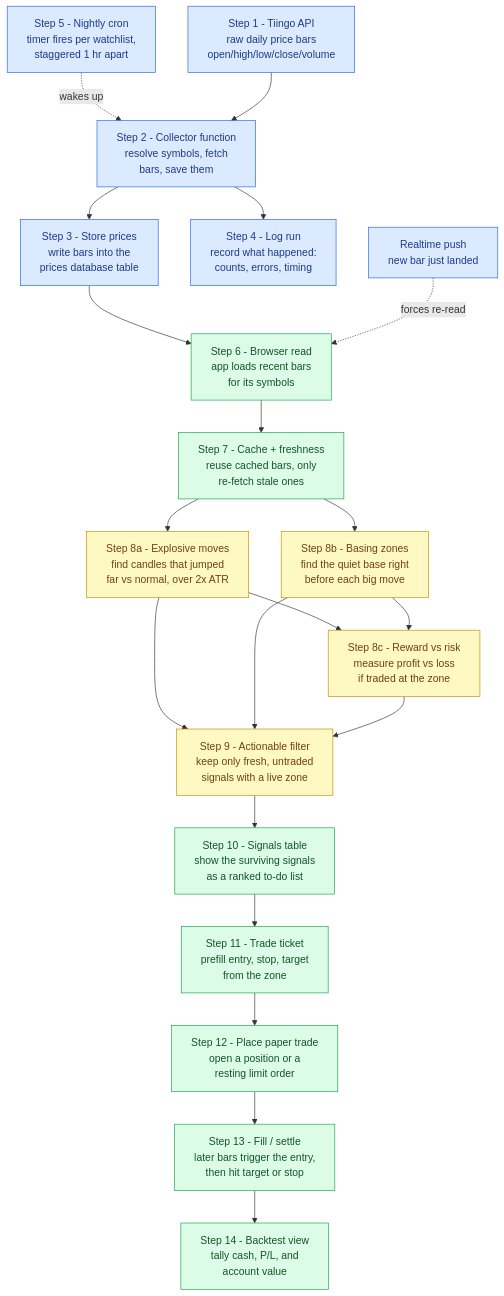
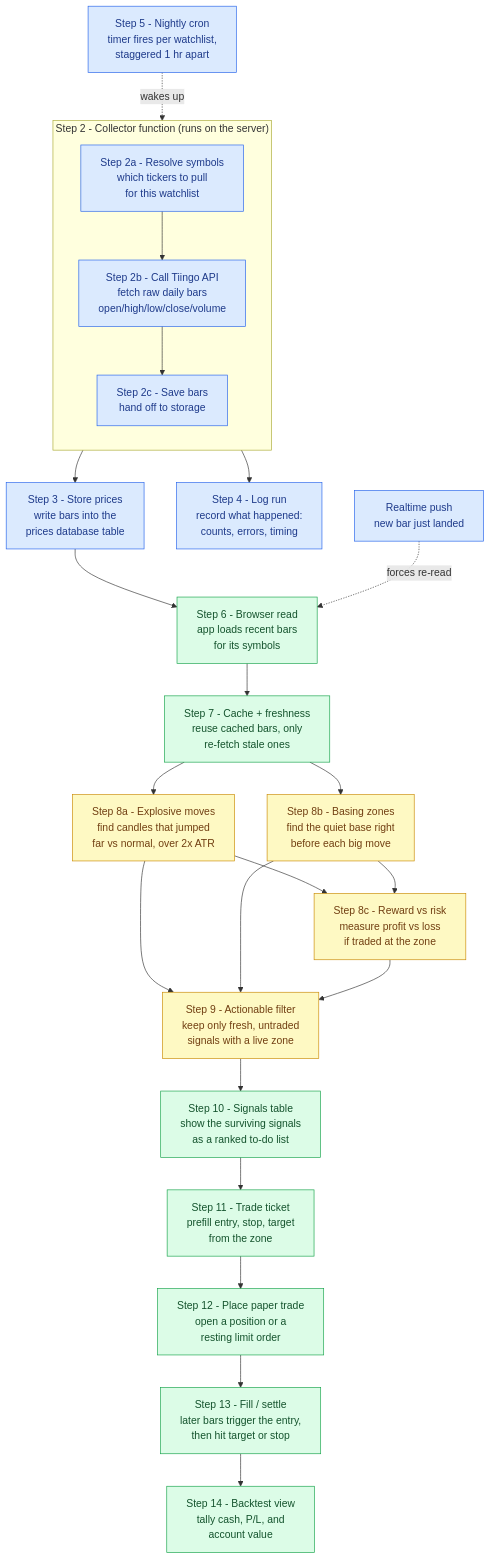
The diagram in docs/signals-workflow.md (ChrisKramer15/rally), drawn with Mermaid before and after one commit. The commit also changed other lines of this file and 7 other files, not shown here.

````diff
--- a/docs/signals-workflow.md
+++ b/docs/signals-workflow.md
@@ -11,33 +11,38 @@
 ```mermaid
 flowchart TD
     E["Step 5 - Nightly cron<br/>timer fires per watchlist,<br/>staggered 1 hr apart"] -.wakes up.-> B
 
-    A["Step 1 - Tiingo API<br/>raw daily price bars<br/>open/high/low/close/volume"] --> B["Step 2 - Collector function<br/>resolve symbols, fetch<br/>bars, save them"]
-    B --> C["Step 3 - Store prices<br/>write bars into the<br/>prices database table"]
-    B --> D["Step 4 - Log run<br/>record what happened:<br/>counts, errors, timing"]
+    subgraph COL["Step 2 - Collector function (runs on the server)"]
+        direction TB
+        B["Step 2a - Resolve symbols<br/>which tickers to pull<br/>for this watchlist"] --> A["Step 2b - Call Tiingo API<br/>fetch raw daily bars<br/>open/high/low/close/volume"]
+        A --> UP["Step 2c - Save bars<br/>hand off to storage"]
+    end
+
+    UP --> C["Step 3 - Store prices<br/>write bars into the<br/>prices database table"]
+    COL --> D["Step 4 - Log run<br/>record what happened:<br/>counts, errors, timing"]
 
     C --> F["Step 6 - Browser read<br/>app loads recent bars<br/>for its symbols"]
     R["Realtime push<br/>new bar just landed"] -.forces re-read.-> F
     F --> G["Step 7 - Cache + freshness<br/>reuse cached bars, only<br/>re-fetch stale ones"]
 
     G --> H1["Step 8a - Explosive moves<br/>find candles that jumped<br/>far vs normal, over 2x ATR"]
     G --> H2["Step 8b - Basing zones<br/>find the quiet base right<br/>before each big move"]
     H1 --> I["Step 8c - Reward vs risk<br/>measure profit vs loss<br/>if traded at the zone"]
     H2 --> I
 
     H1 --> J["Step 9 - Actionable filter<br/>keep only fresh, untraded<br/>signals with a live zone"]
     H2 --> J
     I --> J
     J --> K["Step 10 - Signals table<br/>show the surviving signals<br/>as a ranked to-do list"]
     K --> L["Step 11 - Trade ticket<br/>prefill entry, stop, target<br/>from the zone"]
     L --> M["Step 12 - Place paper trade<br/>open a position or a<br/>resting limit order"]
     M --> N["Step 13 - Fill / settle<br/>later bars trigger the entry,<br/>then hit target or stop"]
     N --> O["Step 14 - Backtest view<br/>tally cash, P/L, and<br/>account value"]
 
     classDef server fill:#dbeafe,stroke:#2563eb,color:#1e3a8a;
     classDef client fill:#dcfce7,stroke:#16a34a,color:#14532d;
     classDef signal fill:#fef9c3,stroke:#ca8a04,color:#713f12;
-    class A,B,C,D,E,R server;
+    class A,B,C,D,E,R,UP server;
     class F,G,K,L,M,N,O client;
     class H1,H2,I,J signal;
 ```
````
